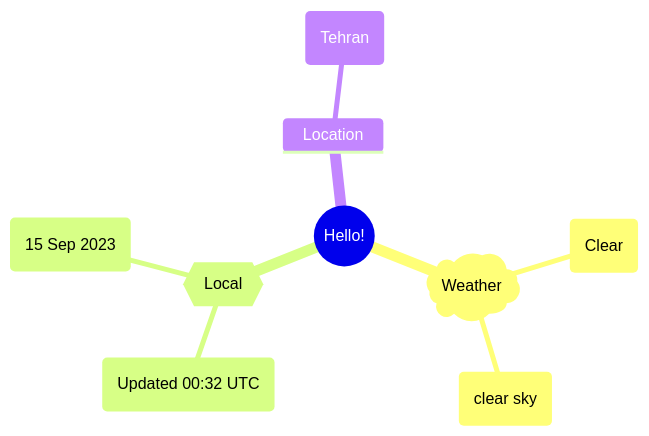
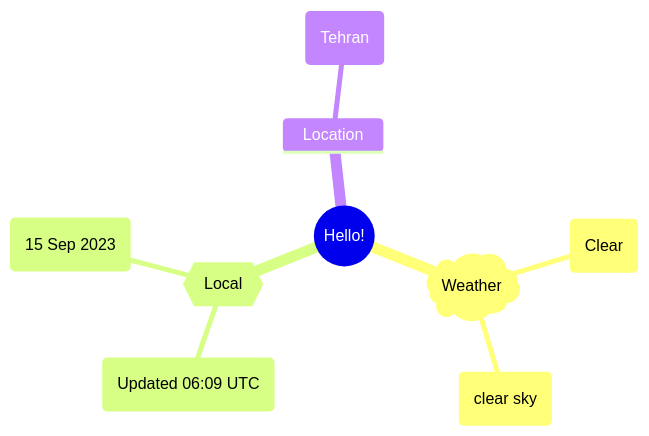
One commit to Xosrov/Xosrov changed the first of 2 diagrams in README.md. Above: the diagram before and after it, drawn with Mermaid.

Commit message:
[bot] updated images

````diff
--- a/README.md
+++ b/README.md
@@ -3,12 +3,12 @@
 ```mermaid
 mindmap
   root((Hello!))
     )Weather(
         (Clear)
         (clear sky)
     {{Local}}
-        (Updated 00:32 UTC)
+        (Updated 06:09 UTC)
         (15 Sep 2023)
     Location
         (Tehran)
 ```
````
